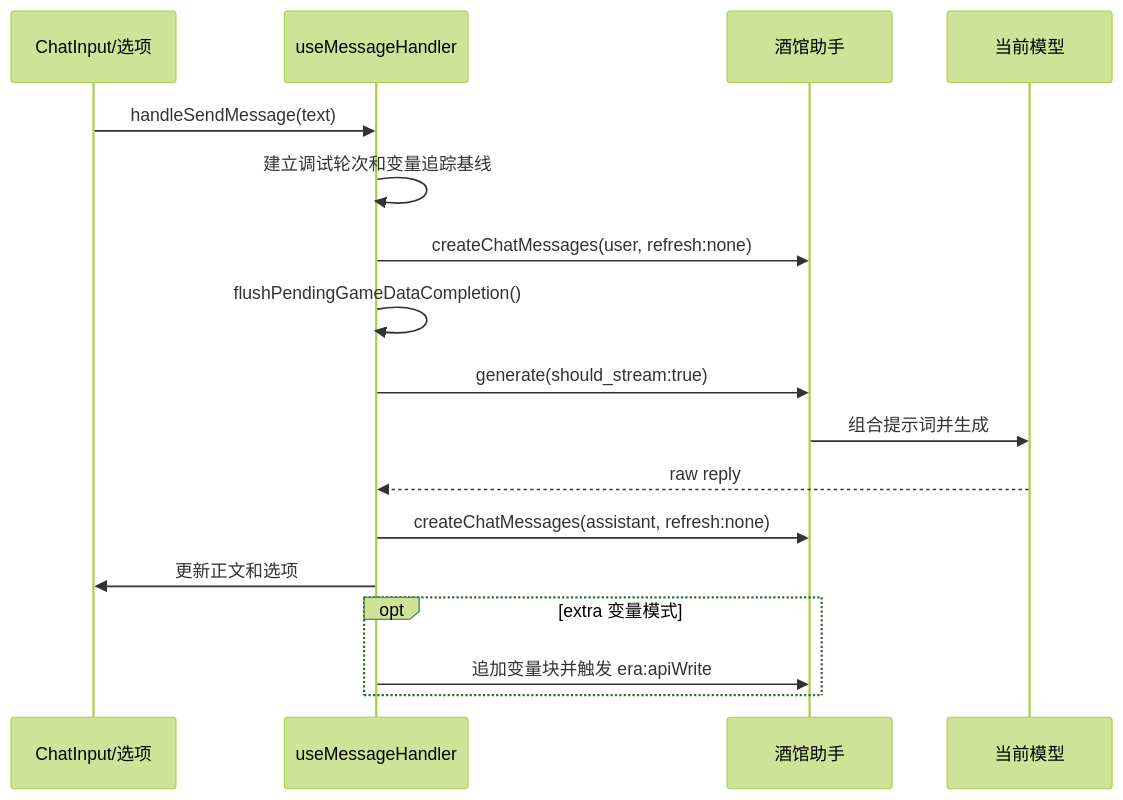
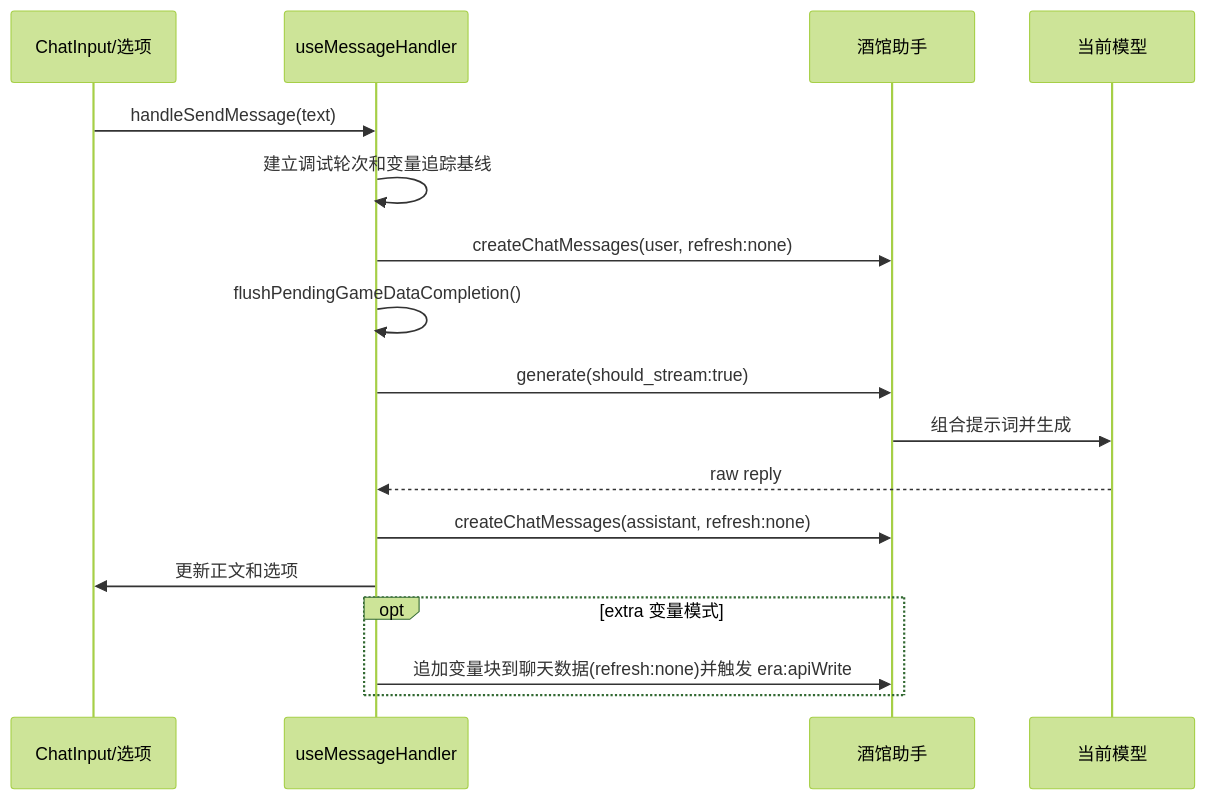
The diagram in src/武侠/docs/02-消息生命周期.md (jam4435/sillytavern0011), drawn with Mermaid (forest theme) before and after one commit. The commit also changed other lines of this file and 3 other files, not shown here.

````diff
--- a/src/武侠/docs/02-消息生命周期.md
+++ b/src/武侠/docs/02-消息生命周期.md
@@ -11,20 +11,20 @@
 ```mermaid
 sequenceDiagram
     participant UI as ChatInput/选项
     participant Handler as useMessageHandler
     participant Tavern as 酒馆助手
     participant Model as 当前模型
 
     UI->>Handler: handleSendMessage(text)
     Handler->>Handler: 建立调试轮次和变量追踪基线
     Handler->>Tavern: createChatMessages(user, refresh:none)
     Handler->>Handler: flushPendingGameDataCompletion()
     Handler->>Tavern: generate(should_stream:true)
     Tavern->>Model: 组合提示词并生成
     Model-->>Handler: raw reply
     Handler->>Tavern: createChatMessages(assistant, refresh:none)
     Handler->>UI: 更新正文和选项
     opt extra 变量模式
-        Handler->>Tavern: 追加变量块并触发 era:apiWrite
+        Handler->>Tavern: 追加变量块到聊天数据(refresh:none)并触发 era:apiWrite
     end
 ```
````
